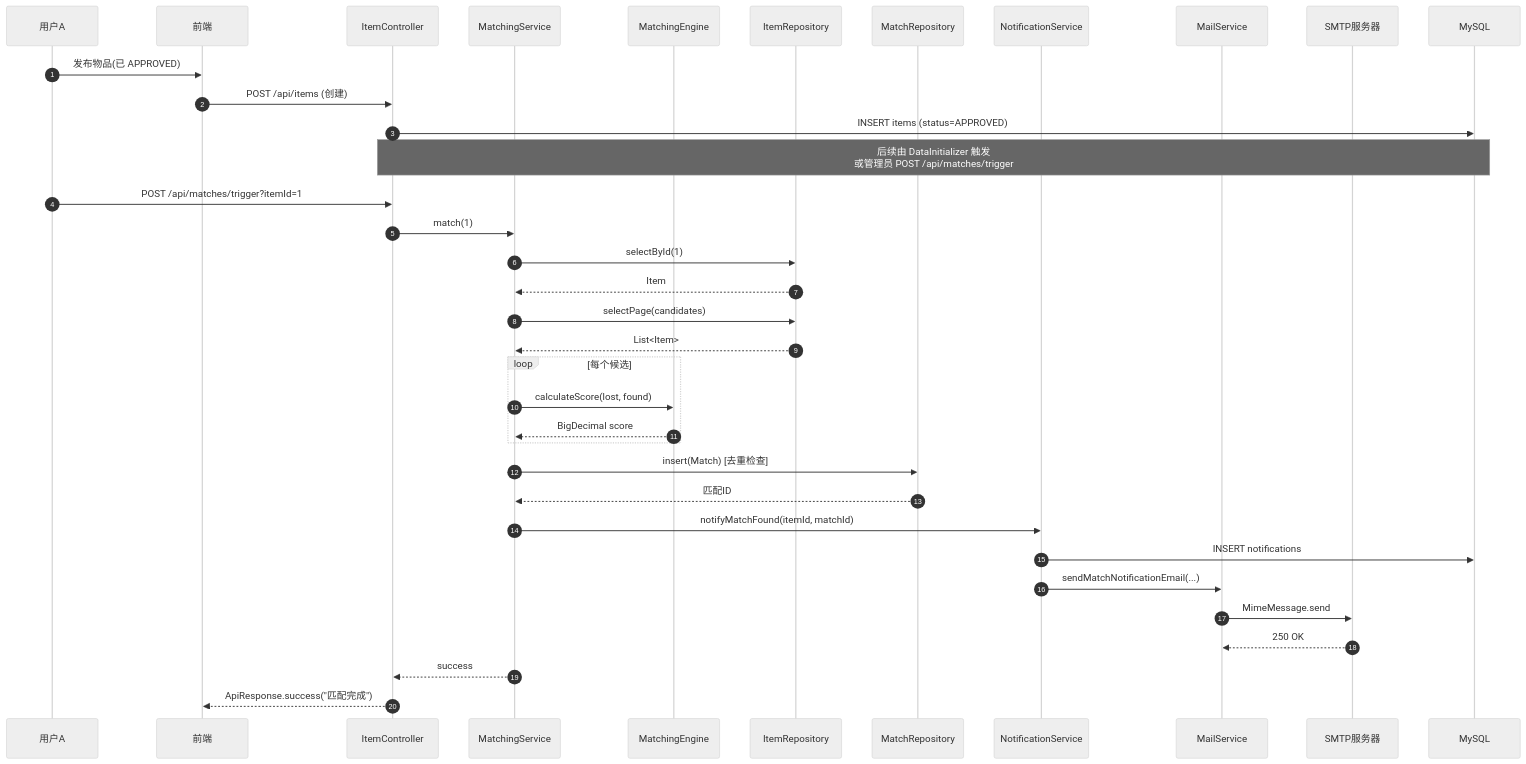
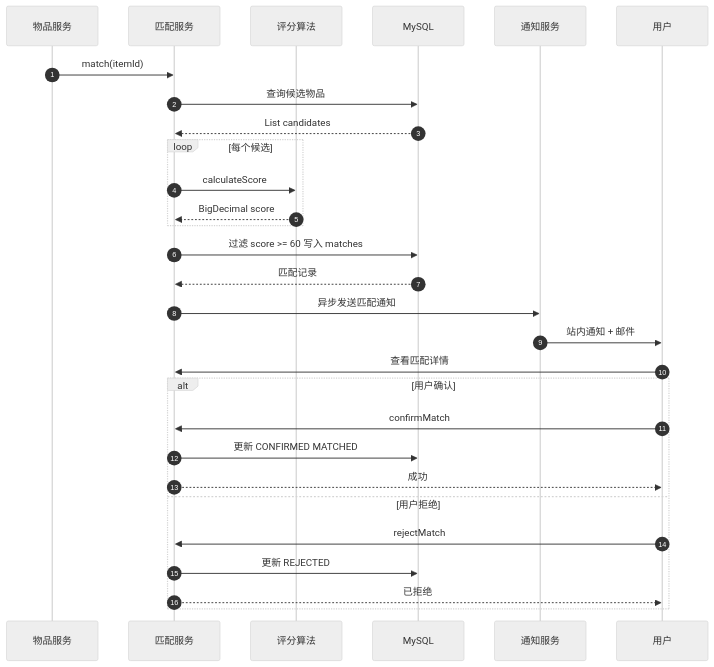
Before and after one commit to zwj-3193655211/campus-LostandFound: diagram 12 of 29 in docs/项目图表.md, drawn with Mermaid (neutral theme). The commit also changed other lines of this file and 51 other files, not shown here.

````diff
--- a/docs/项目图表.md
+++ b/docs/项目图表.md
@@ -508,39 +666,32 @@
 ```mermaid
 sequenceDiagram
     autonumber
-    participant U as 用户A
-    participant FE as 前端
-    participant IC as ItemController
-    participant MS as MatchingService
-    participant ME as MatchingEngine
-    participant IR as ItemRepository
-    participant MR as MatchRepository
-    participant NS as NotificationService
-    participant MAIL as MailService
-    participant SMTP as SMTP服务器
+    participant Item as 物品服务
+    participant Match as 匹配服务
+    participant Algo as 评分算法
     participant DB as MySQL
+    participant Notif as 通知服务
+    participant User as 用户
 
-    U->>FE: 发布物品(已 APPROVED)
-    FE->>IC: POST /api/items (创建)
-    IC->>DB: INSERT items (status=APPROVED)
-    Note over IC,DB: 后续由 DataInitializer 触发<br/>或管理员 POST /api/matches/trigger
-    U->>IC: POST /api/matches/trigger?itemId=1
-    IC->>MS: match(1)
-    MS->>IR: selectById(1)
-    IR-->>MS: Item
-    MS->>IR: selectPage(candidates)
-    IR-->>MS: List<Item>
+    Item->>Match: match(itemId)
+    Match->>DB: 查询候选物品
+    DB-->>Match: List candidates
     loop 每个候选
-        MS->>ME: calculateScore(lost, found)
-        ME-->>MS: BigDecimal score
+        Match->>Algo: calculateScore
+        Algo-->>Match: BigDecimal score
     end
-    MS->>MR: insert(Match) [去重检查]
-    MR-->>MS: 匹配ID
-    MS->>NS: notifyMatchFound(itemId, matchId)
-    NS->>DB: INSERT notifications
-    NS->>MAIL: sendMatchNotificationEmail(...)
-    MAIL->>SMTP: MimeMessage.send
-    SMTP-->>MAIL: 250 OK
-    MS-->>IC: success
-    IC-->>FE: ApiResponse.success("匹配完成")
+    Match->>DB: 过滤 score >= 60 写入 matches
+    DB-->>Match: 匹配记录
+    Match->>Notif: 异步发送匹配通知
+    Notif->>User: 站内通知 + 邮件
+    User->>Match: 查看匹配详情
+    alt 用户确认
+        User->>Match: confirmMatch
+        Match->>DB: 更新 CONFIRMED MATCHED
+        Match-->>User: 成功
+    else 用户拒绝
+        User->>Match: rejectMatch
+        Match->>DB: 更新 REJECTED
+        Match-->>User: 已拒绝
+    end
 ```
````
